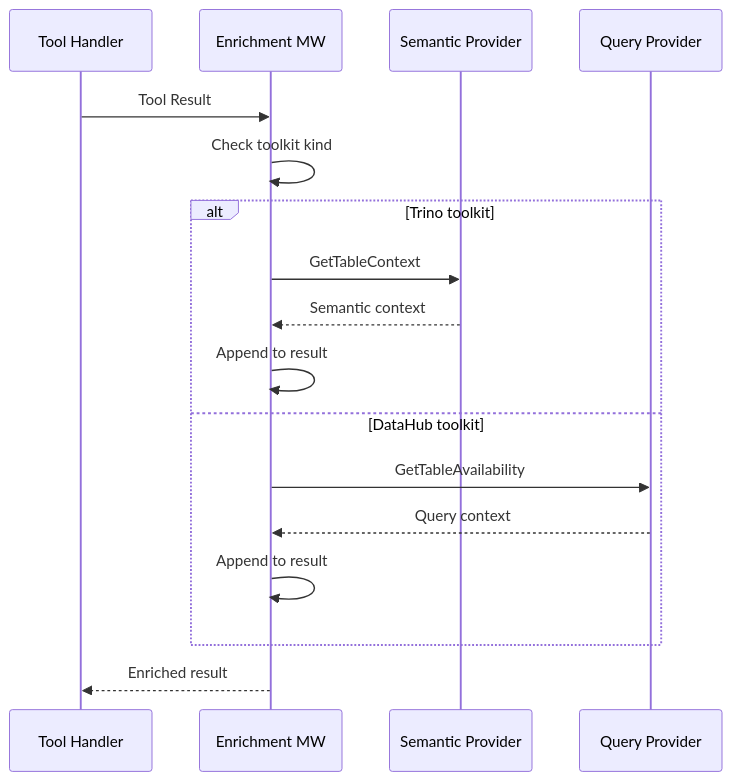
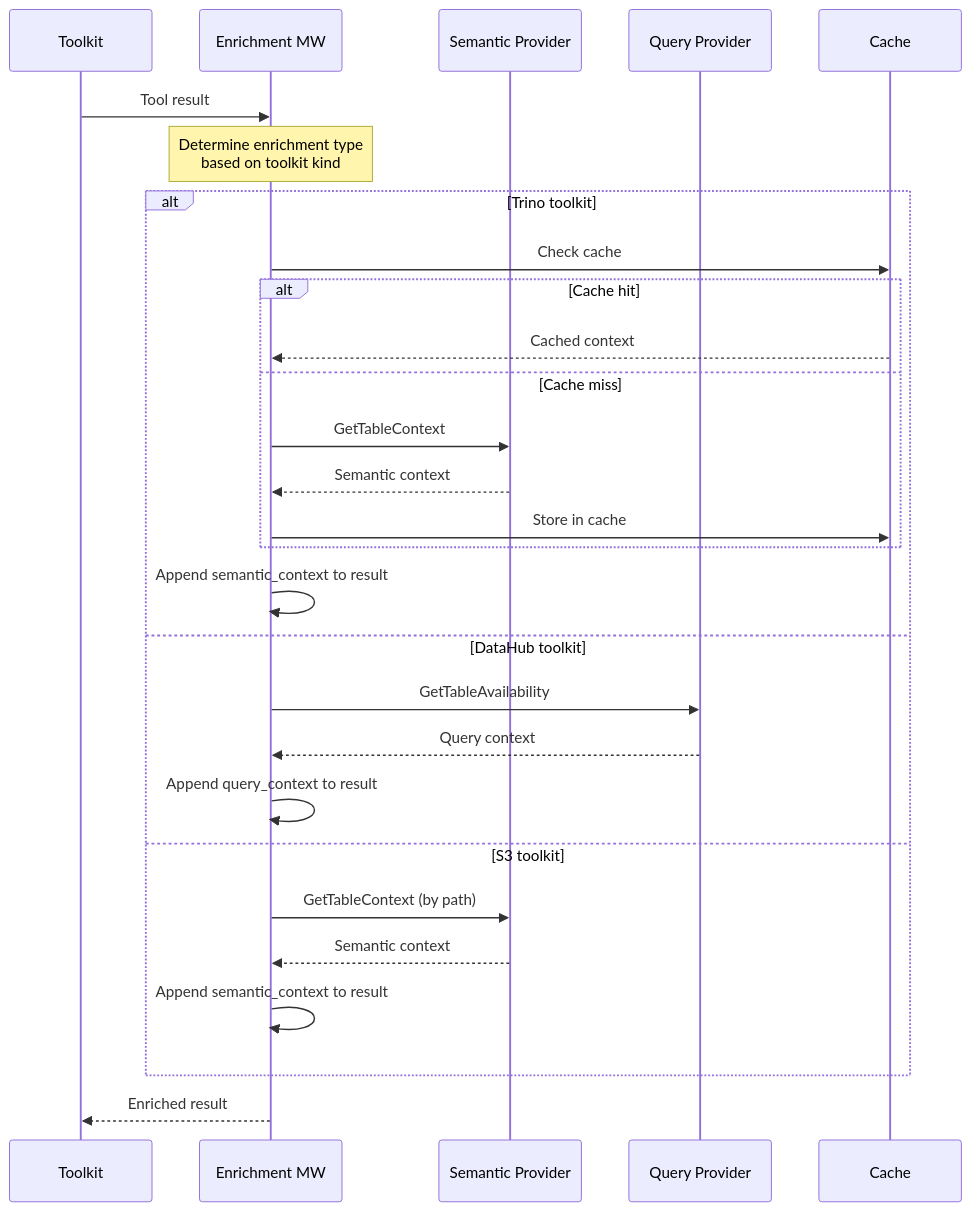
The fifth of 5 diagrams in docs/library/architecture.md (txn2/mcp-data-platform), drawn with Mermaid before and after one commit. The commit also changed other lines of this file, not shown here.

Commit message:
Revamp architecture documentation with expanded design principles, detailed middleware chain workflows, enriched mermaid diagrams, and enhanced provider/toolkit integration examples.

````diff
--- a/docs/library/architecture.md
+++ b/docs/library/architecture.md
@@ -290,22 +671,34 @@
 ```mermaid
 sequenceDiagram
-    participant H as Tool Handler
+    participant T as Toolkit
     participant E as Enrichment MW
     participant S as Semantic Provider
     participant Q as Query Provider
+    participant C as Cache
 
-    H->>E: Tool Result
-    E->>E: Check toolkit kind
+    T->>E: Tool result
+
+    Note over E: Determine enrichment type<br/>based on toolkit kind
 
     alt Trino toolkit
-        E->>S: GetTableContext
-        S-->>E: Semantic context
-        E->>E: Append to result
+        E->>C: Check cache
+        alt Cache hit
+            C-->>E: Cached context
+        else Cache miss
+            E->>S: GetTableContext
+            S-->>E: Semantic context
+            E->>C: Store in cache
+        end
+        E->>E: Append semantic_context to result
     else DataHub toolkit
         E->>Q: GetTableAvailability
         Q-->>E: Query context
-        E->>E: Append to result
+        E->>E: Append query_context to result
+    else S3 toolkit
+        E->>S: GetTableContext (by path)
+        S-->>E: Semantic context
+        E->>E: Append semantic_context to result
     end
 
-    E-->>H: Enriched result
+    E-->>T: Enriched result
 ```
````
